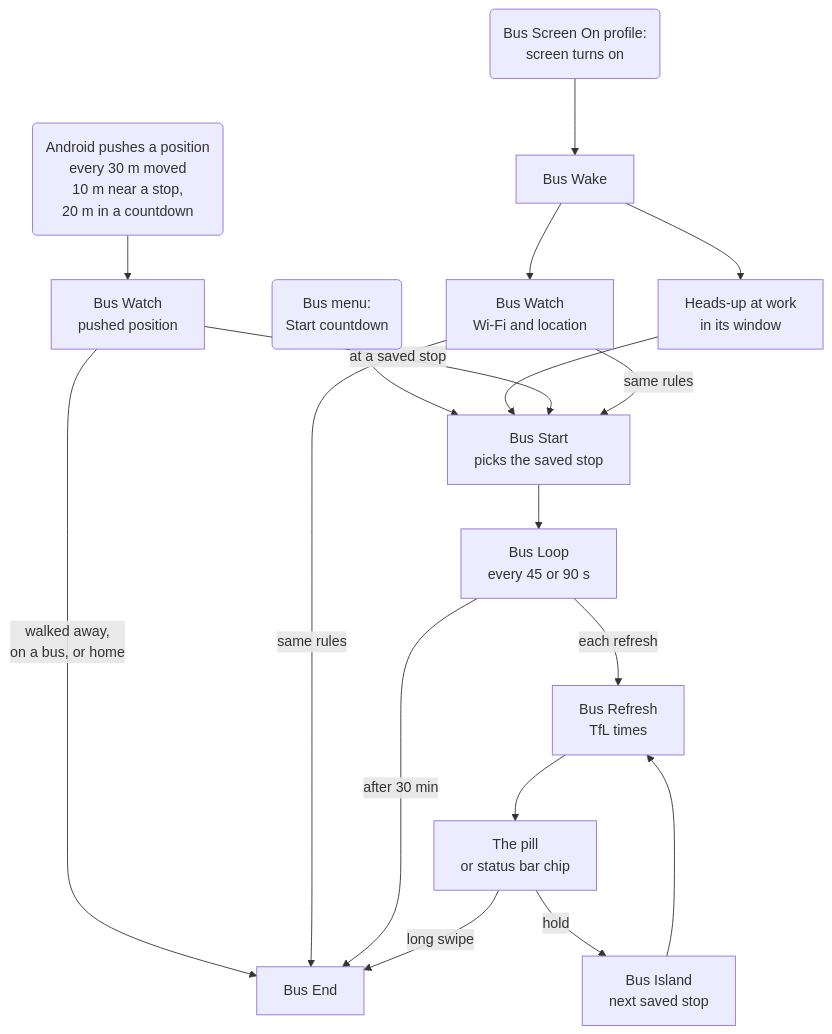
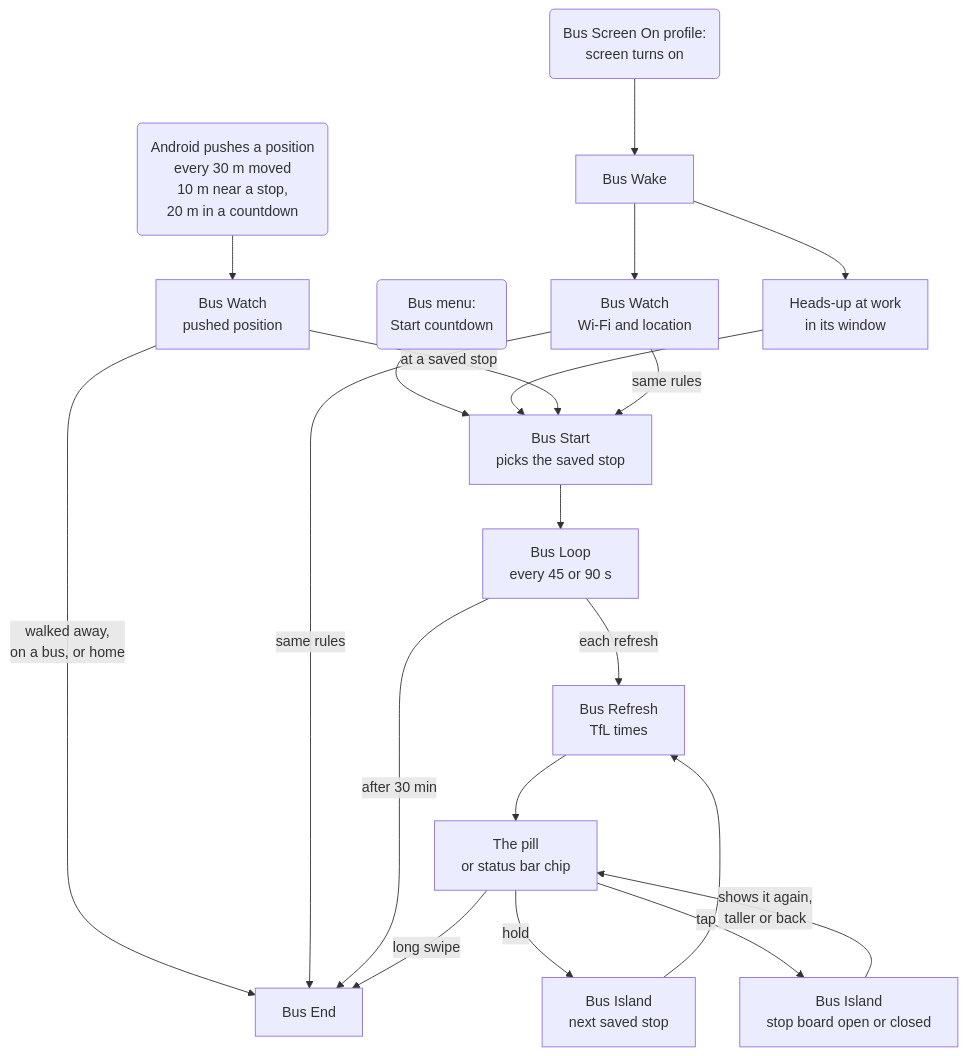
One commit to Pixxel123/bus-countdown changed the first of 5 diagrams in docs/how-it-works.md. Above: the diagram before and after it, drawn with Mermaid. The commit also changed other lines of this file and 17 other files, not shown here.

First line of the commit message:
4.42: the stop board

````diff
--- a/docs/how-it-works.md
+++ b/docs/how-it-works.md
@@ -9,20 +9,22 @@
 ```mermaid
 flowchart TD
     A("Android pushes a position<br/>every 30 m moved<br/>10 m near a stop,<br/>20 m in a countdown") --> B["Bus Watch<br/>pushed position"]
     C("Bus Screen On profile:<br/>screen turns on") --> D["Bus Wake"]
     E("Bus menu:<br/>Start countdown") --> G
     D --> F["Bus Watch<br/>Wi-Fi and location"]
     D --> H["Heads-up at work<br/>in its window"]
     H --> G
     B -->|"at a saved stop"| G["Bus Start<br/>picks the saved stop"]
     F -->|"same rules"| G
     B -->|"walked away,<br/>on a bus, or home"| K["Bus End"]
     F -->|"same rules"| K
     G --> L["Bus Loop<br/>every 45 or 90 s"]
     L -->|"each refresh"| R["Bus Refresh<br/>TfL times"]
     R --> P["The pill<br/>or status bar chip"]
     L -->|"after 30 min"| K
     P -->|"long swipe"| K
     P -->|"hold"| N["Bus Island<br/>next saved stop"]
     N --> R
+    P -->|"tap"| SB["Bus Island<br/>stop board open or closed"]
+    SB -->|"shows it again,<br/>taller or back"| P
 ```
````
